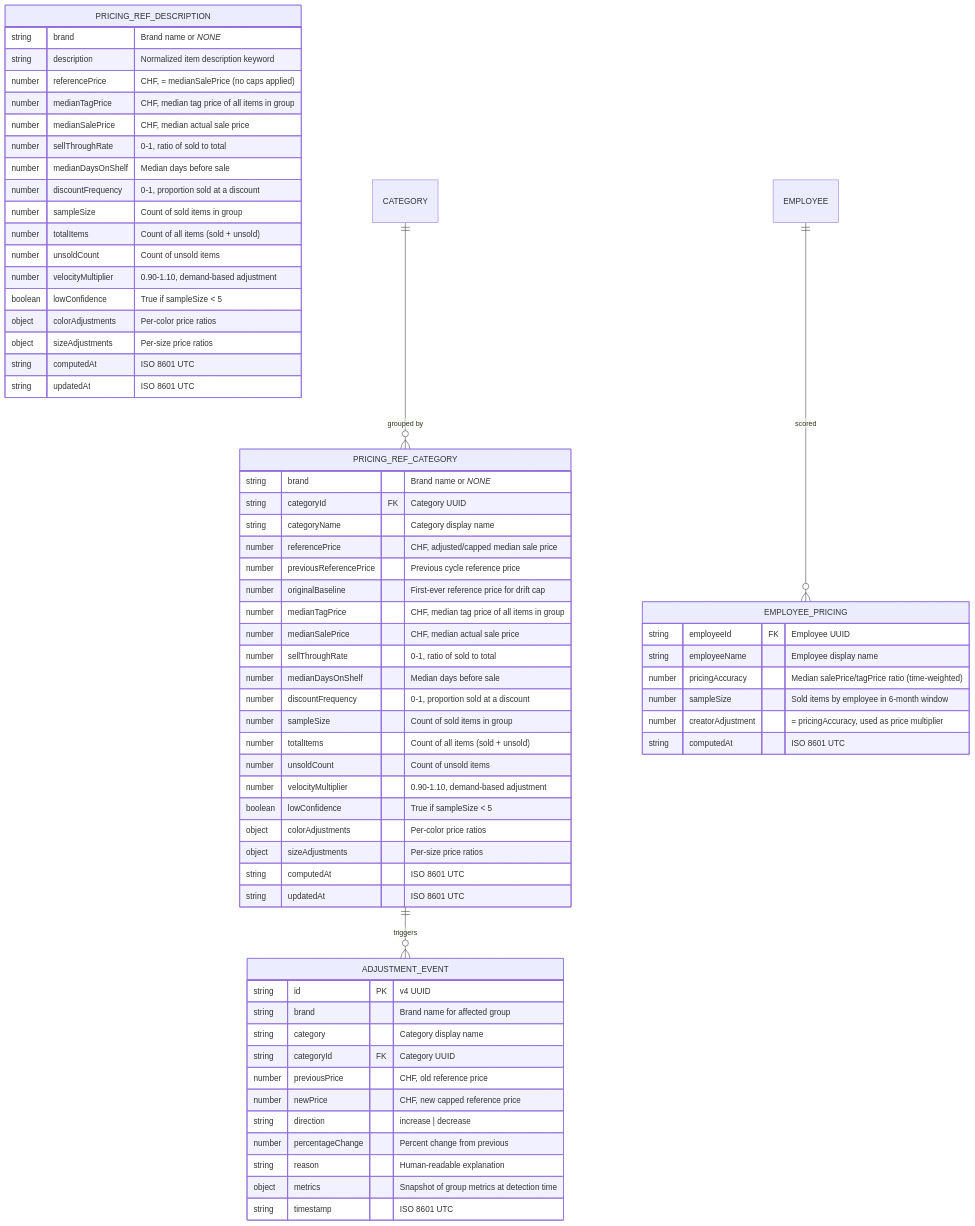
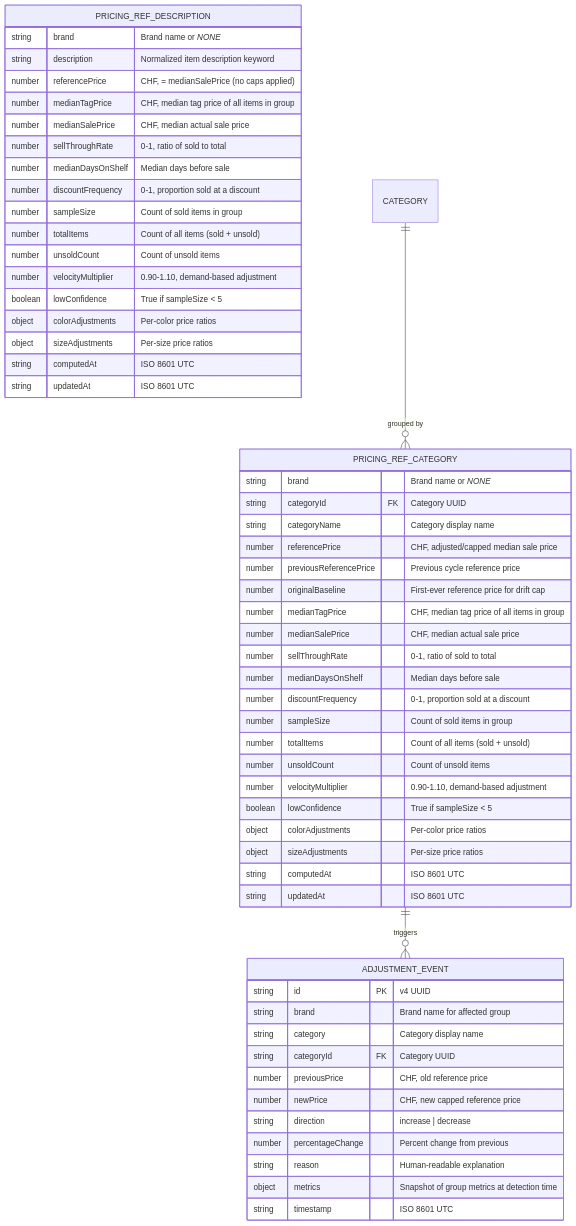
Before and after one commit to xerian-dev/thymos-cloud: the second of 2 diagrams in docs/data-model.md, drawn with Mermaid. The commit also changed other lines of this file and 1 other file, not shown here.

First line of the commit message:
refactor: remove EMPLOYEE_PRICING entity and add pricing system design doc

````diff
--- a/docs/data-model.md
+++ b/docs/data-model.md
@@ -170,72 +170,62 @@
 ```mermaid
 erDiagram
     PRICING_REF_CATEGORY {
         string brand "Brand name or _NONE_"
         string categoryId FK "Category UUID"
         string categoryName "Category display name"
         number referencePrice "CHF, adjusted/capped median sale price"
         number previousReferencePrice "Previous cycle reference price"
         number originalBaseline "First-ever reference price for drift cap"
         number medianTagPrice "CHF, median tag price of all items in group"
         number medianSalePrice "CHF, median actual sale price"
         number sellThroughRate "0-1, ratio of sold to total"
         number medianDaysOnShelf "Median days before sale"
         number discountFrequency "0-1, proportion sold at a discount"
         number sampleSize "Count of sold items in group"
         number totalItems "Count of all items (sold + unsold)"
         number unsoldCount "Count of unsold items"
         number velocityMultiplier "0.90-1.10, demand-based adjustment"
         boolean lowConfidence "True if sampleSize < 5"
         object colorAdjustments "Per-color price ratios"
         object sizeAdjustments "Per-size price ratios"
         string computedAt "ISO 8601 UTC"
         string updatedAt "ISO 8601 UTC"
     }
 
     PRICING_REF_DESCRIPTION {
         string brand "Brand name or _NONE_"
         string description "Normalized item description keyword"
         number referencePrice "CHF, = medianSalePrice (no caps applied)"
         number medianTagPrice "CHF, median tag price of all items in group"
         number medianSalePrice "CHF, median actual sale price"
         number sellThroughRate "0-1, ratio of sold to total"
         number medianDaysOnShelf "Median days before sale"
         number discountFrequency "0-1, proportion sold at a discount"
         number sampleSize "Count of sold items in group"
         number totalItems "Count of all items (sold + unsold)"
         number unsoldCount "Count of unsold items"
         number velocityMultiplier "0.90-1.10, demand-based adjustment"
         boolean lowConfidence "True if sampleSize < 5"
         object colorAdjustments "Per-color price ratios"
         object sizeAdjustments "Per-size price ratios"
         string computedAt "ISO 8601 UTC"
         string updatedAt "ISO 8601 UTC"
     }
 
     ADJUSTMENT_EVENT {
         string id PK "v4 UUID"
         string brand "Brand name for affected group"
         string category "Category display name"
         string categoryId FK "Category UUID"
         number previousPrice "CHF, old reference price"
         number newPrice "CHF, new capped reference price"
         string direction "increase | decrease"
         number percentageChange "Percent change from previous"
         string reason "Human-readable explanation"
         object metrics "Snapshot of group metrics at detection time"
         string timestamp "ISO 8601 UTC"
     }
 
-    EMPLOYEE_PRICING {
-        string employeeId FK "Employee UUID"
-        string employeeName "Employee display name"
-        number pricingAccuracy "Median salePrice/tagPrice ratio (time-weighted)"
-        number sampleSize "Sold items by employee in 6-month window"
-        number creatorAdjustment "= pricingAccuracy, used as price multiplier"
-        string computedAt "ISO 8601 UTC"
-    }
-
     CATEGORY ||--o{ PRICING_REF_CATEGORY : "grouped by"
-    EMPLOYEE ||--o{ EMPLOYEE_PRICING : "scored"
     PRICING_REF_CATEGORY ||--o{ ADJUSTMENT_EVENT : "triggers"
 ```
````
